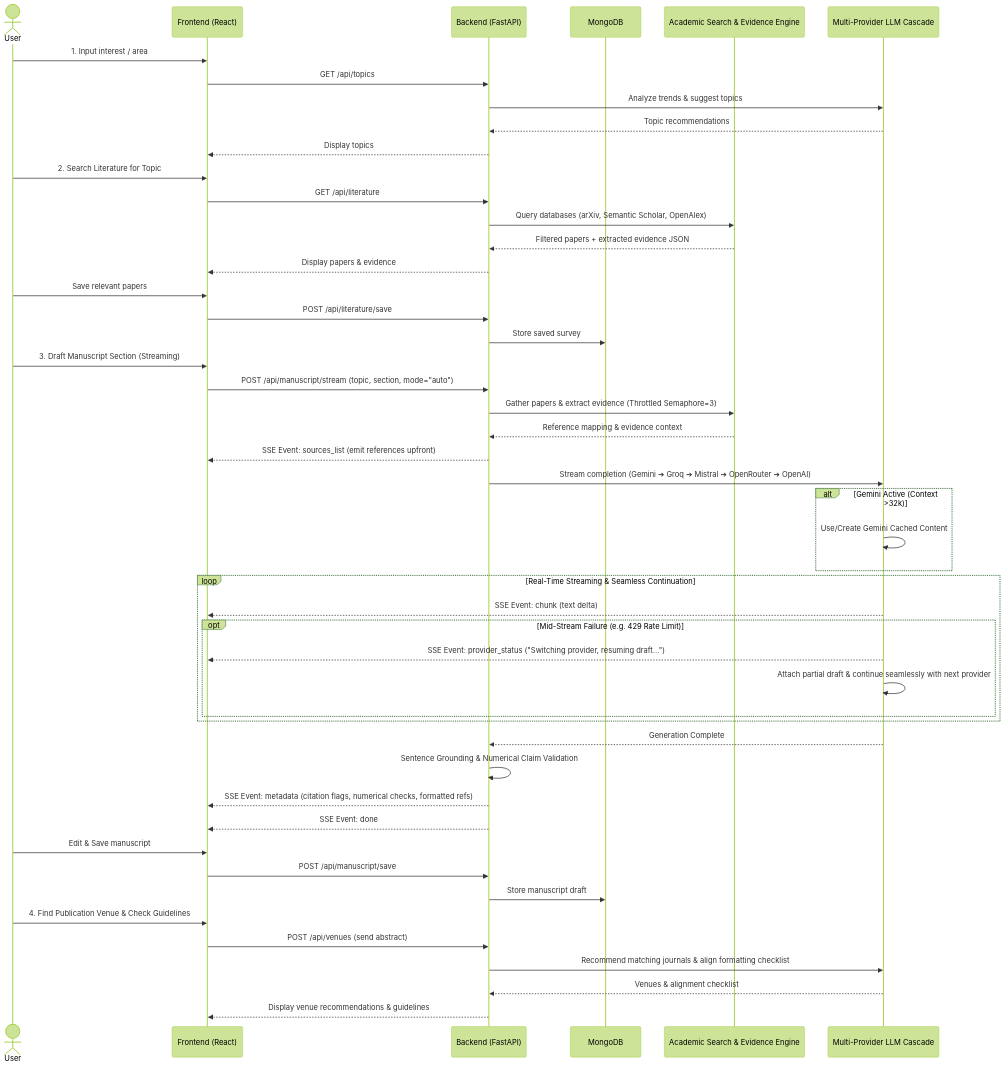
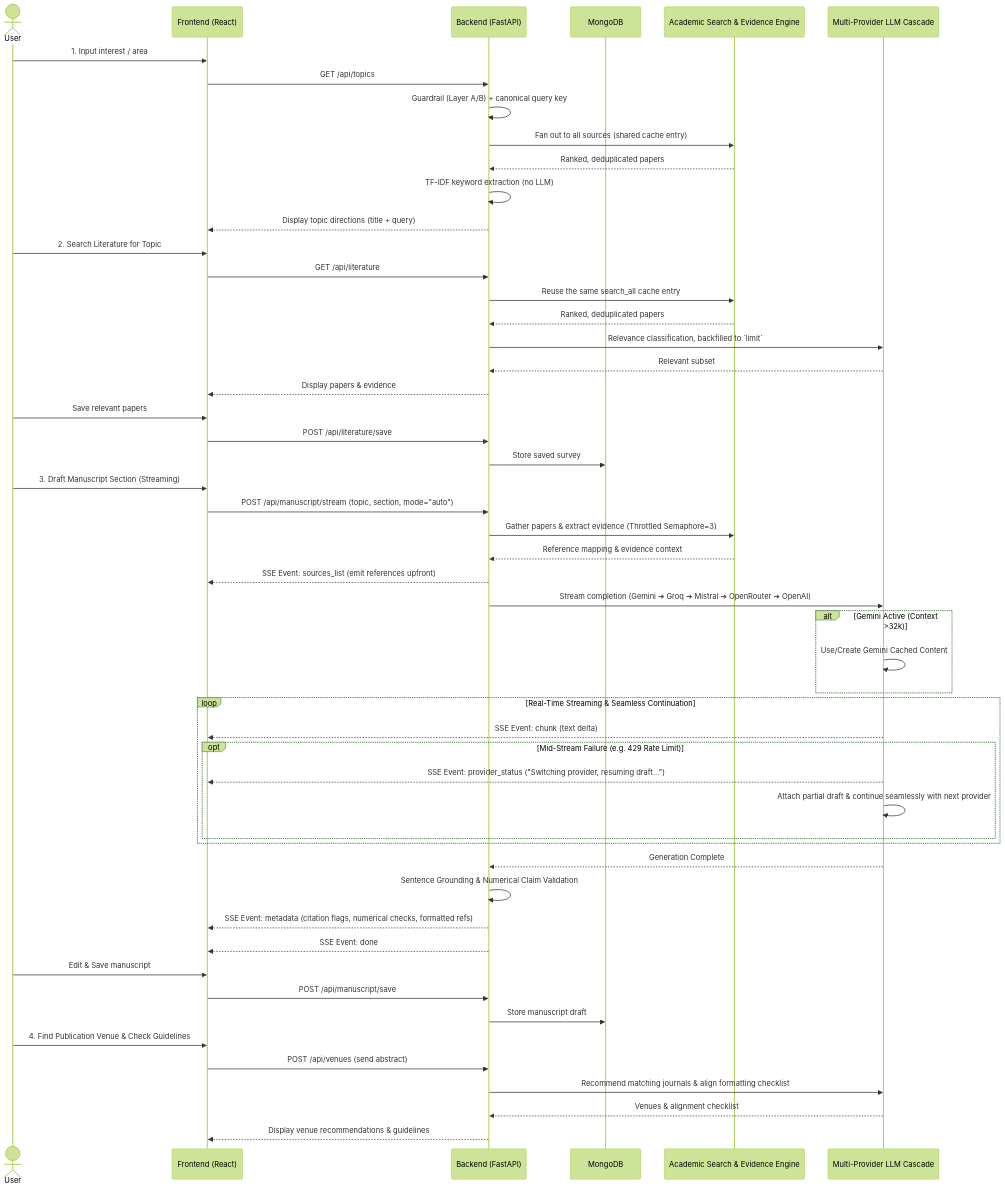
The second of 3 diagrams in architecture_and_workflow.md (Saathwik43/Ai_Powered_Research_Agent), drawn with Mermaid (forest theme) before and after one commit. The commit also changed other lines of this file and 38 other files, not shown here.

````diff
--- a/architecture_and_workflow.md
+++ b/architecture_and_workflow.md
@@ -85,58 +85,62 @@
 ```mermaid
 sequenceDiagram
     actor User
     participant Front as Frontend (React)
     participant API as Backend (FastAPI)
     participant DB as MongoDB
     participant Sources as Academic Search & Evidence Engine
     participant Cascade as Multi-Provider LLM Cascade
 
     User->>Front: 1. Input interest / area
     Front->>API: GET /api/topics
-    API->>Cascade: Analyze trends & suggest topics
-    Cascade-->>API: Topic recommendations
-    API-->>Front: Display topics
+    API->>API: Guardrail (Layer A/B) + canonical query key
+    API->>Sources: Fan out to all sources (shared cache entry)
+    Sources-->>API: Ranked, deduplicated papers
+    API->>API: TF-IDF keyword extraction (no LLM)
+    API-->>Front: Display topic directions (title + query)
   
     User->>Front: 2. Search Literature for Topic
     Front->>API: GET /api/literature
-    API->>Sources: Query databases (arXiv, Semantic Scholar, OpenAlex)
-    Sources-->>API: Filtered papers + extracted evidence JSON
+    API->>Sources: Reuse the same search_all cache entry
+    Sources-->>API: Ranked, deduplicated papers
+    API->>Cascade: Relevance classification, backfilled to `limit`
+    Cascade-->>API: Relevant subset
     API-->>Front: Display papers & evidence
     User->>Front: Save relevant papers
     Front->>API: POST /api/literature/save
     API->>DB: Store saved survey
   
     User->>Front: 3. Draft Manuscript Section (Streaming)
     Front->>API: POST /api/manuscript/stream (topic, section, mode="auto")
     API->>Sources: Gather papers & extract evidence (Throttled Semaphore=3)
     Sources-->>API: Reference mapping & evidence context
     API-->>Front: SSE Event: sources_list (emit references upfront)
   
     API->>Cascade: Stream completion (Gemini ➔ Groq ➔ Mistral ➔ OpenRouter ➔ OpenAI)
     alt Gemini Active (Context >32k)
         Cascade->>Cascade: Use/Create Gemini Cached Content
     end
   
     loop Real-Time Streaming & Seamless Continuation
         Cascade-->>Front: SSE Event: chunk (text delta)
         opt Mid-Stream Failure (e.g. 429 Rate Limit)
             Cascade-->>Front: SSE Event: provider_status ("Switching provider, resuming draft...")
             Cascade->>Cascade: Attach partial draft & continue seamlessly with next provider
         end
     end
   
     Cascade-->>API: Generation Complete
     API->>API: Sentence Grounding & Numerical Claim Validation
     API-->>Front: SSE Event: metadata (citation flags, numerical checks, formatted refs)
     API-->>Front: SSE Event: done
   
     User->>Front: Edit & Save manuscript
     Front->>API: POST /api/manuscript/save
     API->>DB: Store manuscript draft
   
     User->>Front: 4. Find Publication Venue & Check Guidelines
     Front->>API: POST /api/venues (send abstract)
     API->>Cascade: Recommend matching journals & align formatting checklist
     Cascade-->>API: Venues & alignment checklist
     API-->>Front: Display venue recommendations & guidelines
 ```
````
